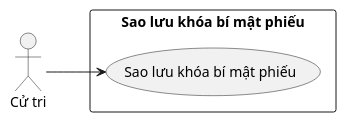
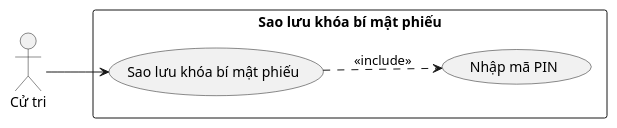
Before and after one commit to Tuienn/e-voting-latex: the diagram in PlantUML/Usecase/Sao-luu-khoa-bi-mat.puml, drawn with PlantUML. The commit also changed 54 other files, not shown here.

```diff
--- a/PlantUML/Usecase/Sao-luu-khoa-bi-mat.puml
+++ b/PlantUML/Usecase/Sao-luu-khoa-bi-mat.puml
@@ -1,10 +1,12 @@
 @startuml SaoLuuKhoaBiMat_UC
 left to right direction
 actor "Cử tri" as voter
 
 rectangle "Sao lưu khóa bí mật phiếu" {
   usecase "Sao lưu khóa bí mật phiếu" as UC_Backup
+  usecase "Nhập mã PIN" as UC_EnterPIN
 }
 
 voter --> UC_Backup
+UC_Backup ..> UC_EnterPIN : <<include>>
 @enduml
```
